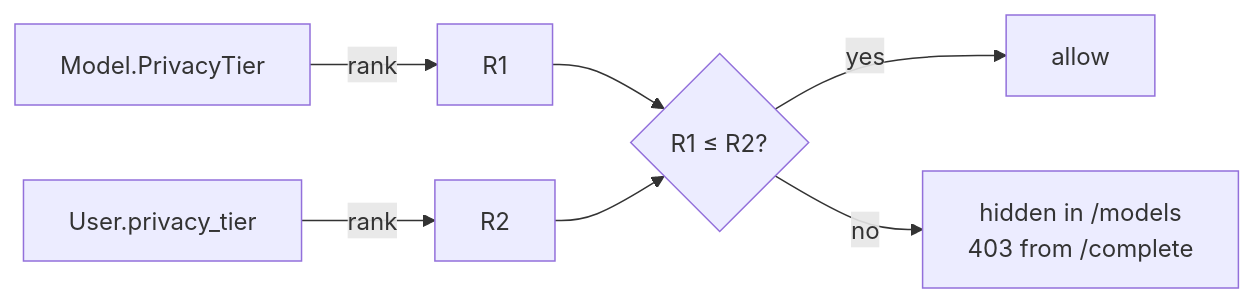
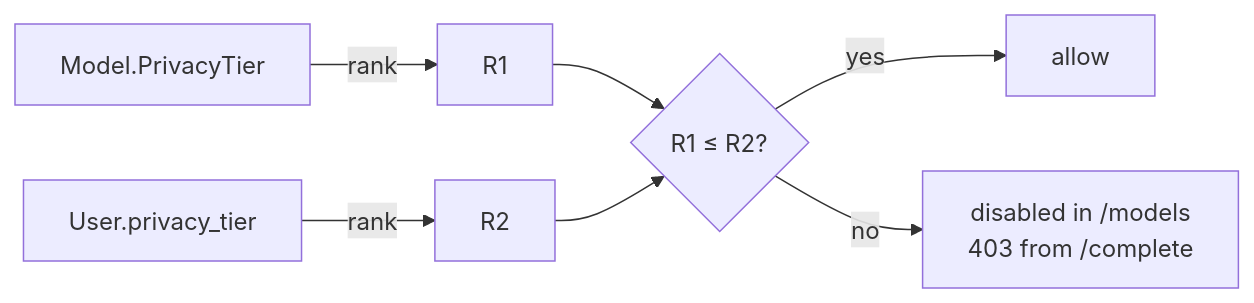
Before and after one commit to cognos-io/chat.cognos.io: the diagram in docs/business_processes/privacy-tier-gating.md, drawn with Mermaid. The commit also changed other lines of this file and 5 other files, not shown here.

````diff
--- a/docs/business_processes/privacy-tier-gating.md
+++ b/docs/business_processes/privacy-tier-gating.md
@@ -34,9 +36,9 @@
 ```mermaid
 flowchart LR
   M[Model.PrivacyTier] -->|rank| R1
   U[User.privacy_tier] -->|rank| R2
   R1 --> C{R1 ≤ R2?}
   R2 --> C
   C -- yes --> A[allow]
-  C -- no --> D[hidden in /models<br/>403 from /complete]
+  C -- no --> D[disabled in /models<br/>403 from /complete]
 ```
````
